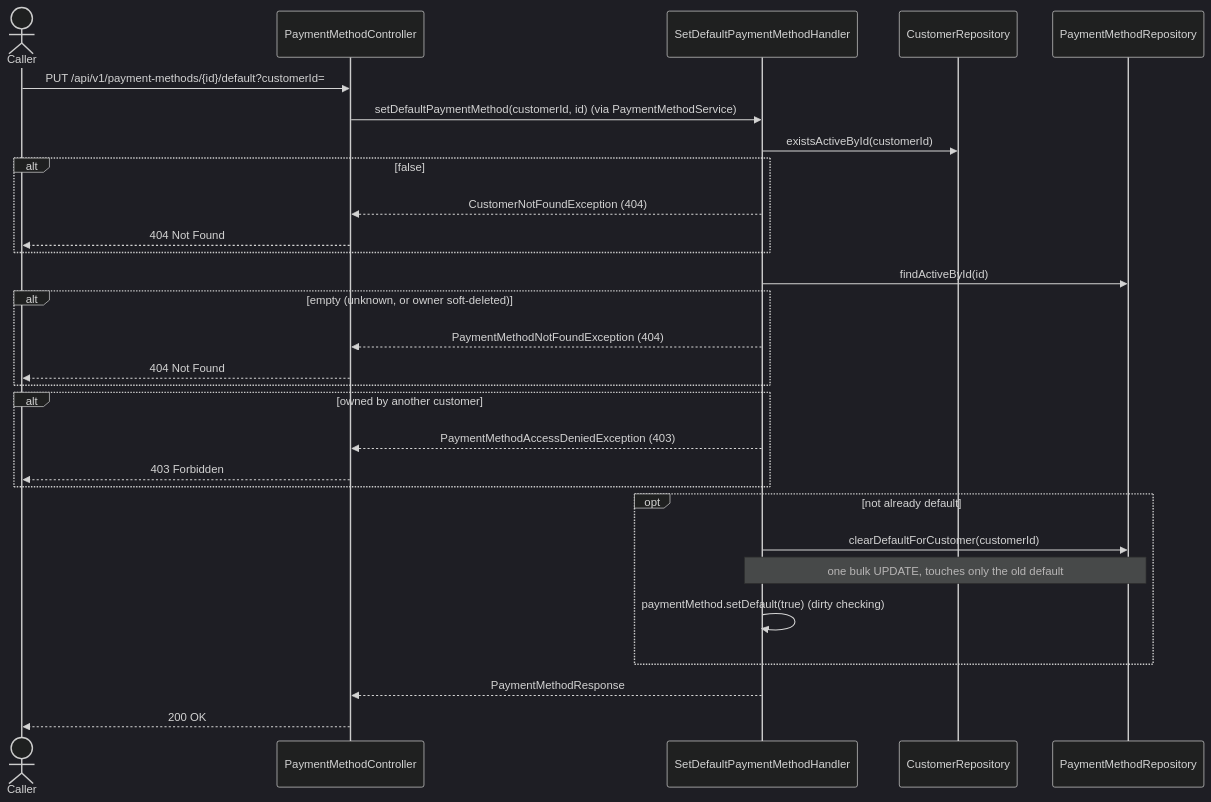
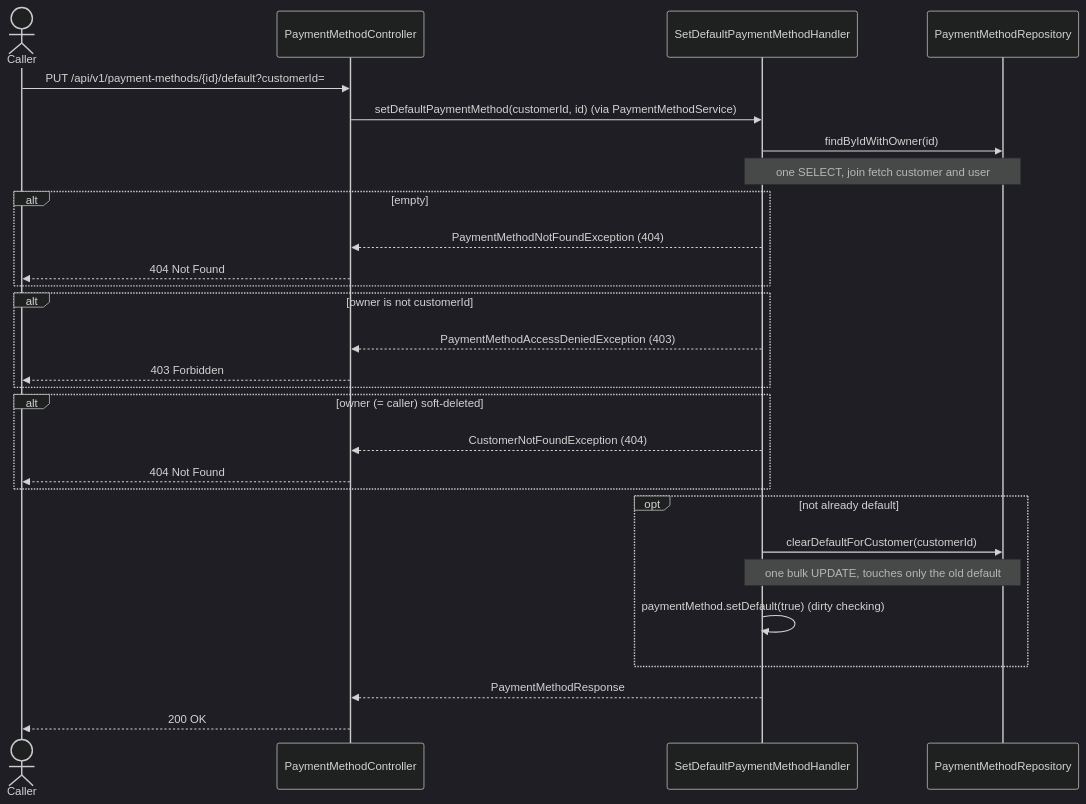
Before and after one commit to msmohammed0077-cmd/mentorship-restaurant: the second of 2 diagrams in restaurant/.docs/use-cases/customer-management/payment-methods/payment-methods.md, drawn with Mermaid (dark theme). The commit also changed other lines of this file and 5 other files, not shown here.

````diff
--- a/restaurant/.docs/use-cases/customer-management/payment-methods/payment-methods.md
+++ b/restaurant/.docs/use-cases/customer-management/payment-methods/payment-methods.md
@@ -233,32 +269,31 @@
 ```mermaid
 sequenceDiagram
     actor Caller
     participant C as PaymentMethodController
     participant H as SetDefaultPaymentMethodHandler
-    participant CR as CustomerRepository
     participant PR as PaymentMethodRepository
 
     Caller->>C: PUT /api/v1/payment-methods/{id}/default?customerId=
     C->>H: setDefaultPaymentMethod(customerId, id) (via PaymentMethodService)
-    H->>CR: existsActiveById(customerId)
-    alt false
-        H-->>C: CustomerNotFoundException (404)
-        C-->>Caller: 404 Not Found
-    end
-    H->>PR: findActiveById(id)
-    alt empty (unknown, or owner soft-deleted)
+    H->>PR: findByIdWithOwner(id)
+    Note over H,PR: one SELECT, join fetch customer and user
+    alt empty
         H-->>C: PaymentMethodNotFoundException (404)
         C-->>Caller: 404 Not Found
     end
-    alt owned by another customer
+    alt owner is not customerId
         H-->>C: PaymentMethodAccessDeniedException (403)
         C-->>Caller: 403 Forbidden
+    end
+    alt owner (= caller) soft-deleted
+        H-->>C: CustomerNotFoundException (404)
+        C-->>Caller: 404 Not Found
     end
     opt not already default
         H->>PR: clearDefaultForCustomer(customerId)
         Note over H,PR: one bulk UPDATE, touches only the old default
         H->>H: paymentMethod.setDefault(true) (dirty checking)
     end
     H-->>C: PaymentMethodResponse
     C-->>Caller: 200 OK
 ```
````
